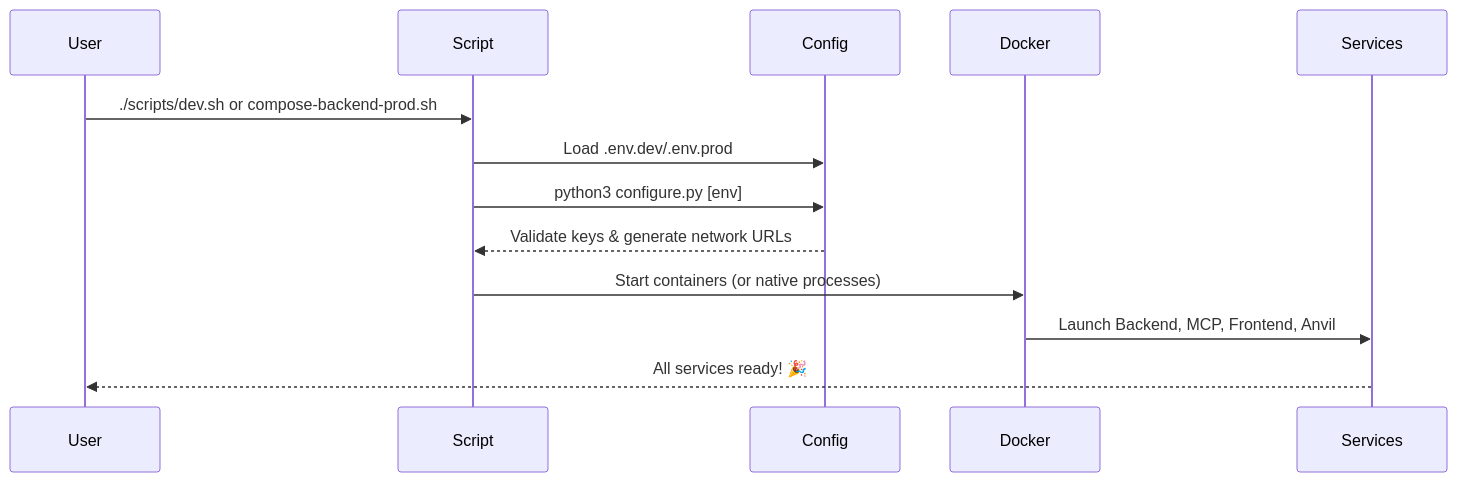
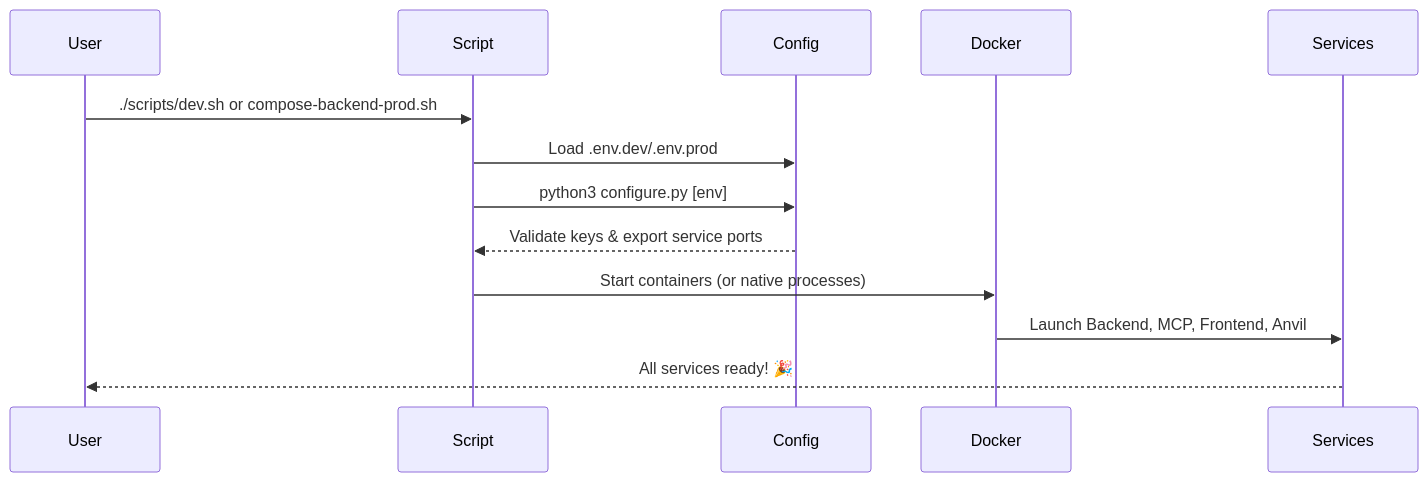
One commit to aomi-labs/product-mono changed the diagram in README.md. Above: the diagram before and after it, drawn with Mermaid. The commit also changed other lines of this file and 14 other files, not shown here.

````diff
--- a/README.md
+++ b/README.md
@@ -119,16 +117,16 @@
 ```mermaid
 sequenceDiagram
     participant User
     participant Script
     participant Config
     participant Docker
     participant Services
 
     User->>Script: ./scripts/dev.sh or compose-backend-prod.sh
     Script->>Config: Load .env.dev/.env.prod
     Script->>Config: python3 configure.py [env]
-    Config-->>Script: Validate keys & generate network URLs
+    Config-->>Script: Validate keys & export service ports
     Script->>Docker: Start containers (or native processes)
     Docker->>Services: Launch Backend, MCP, Frontend, Anvil
     Services-->>User: All services ready! 🎉
 ```
````
